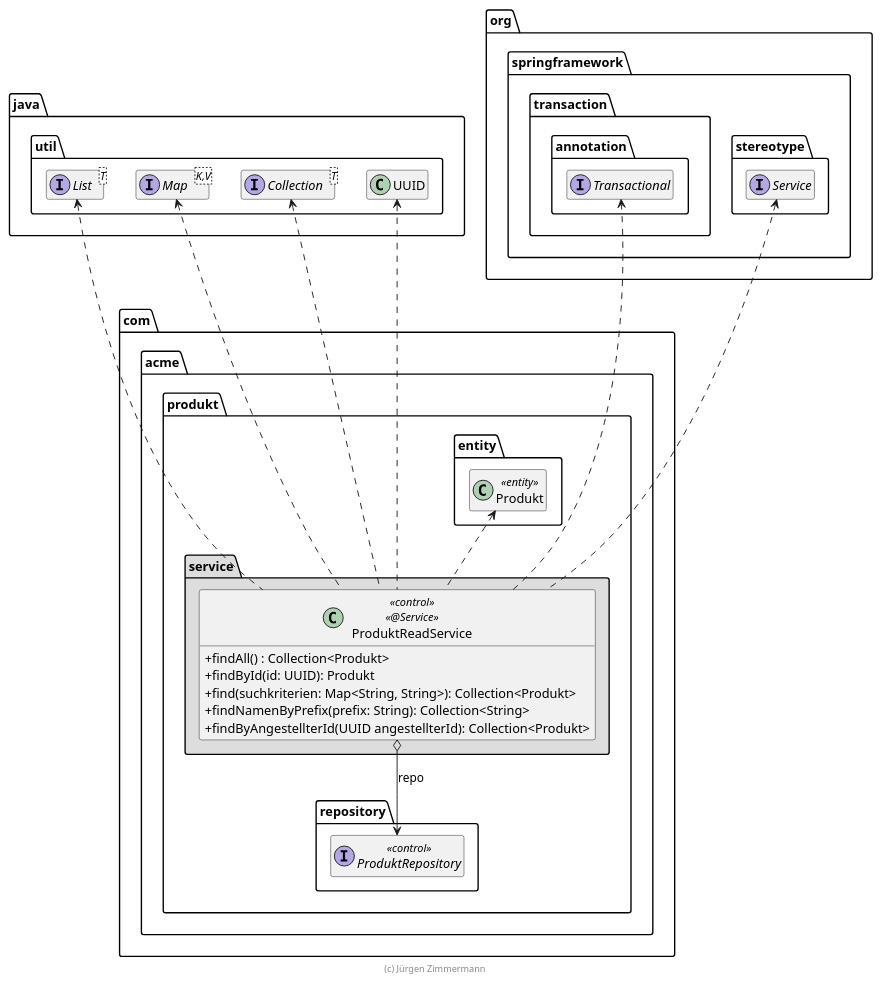
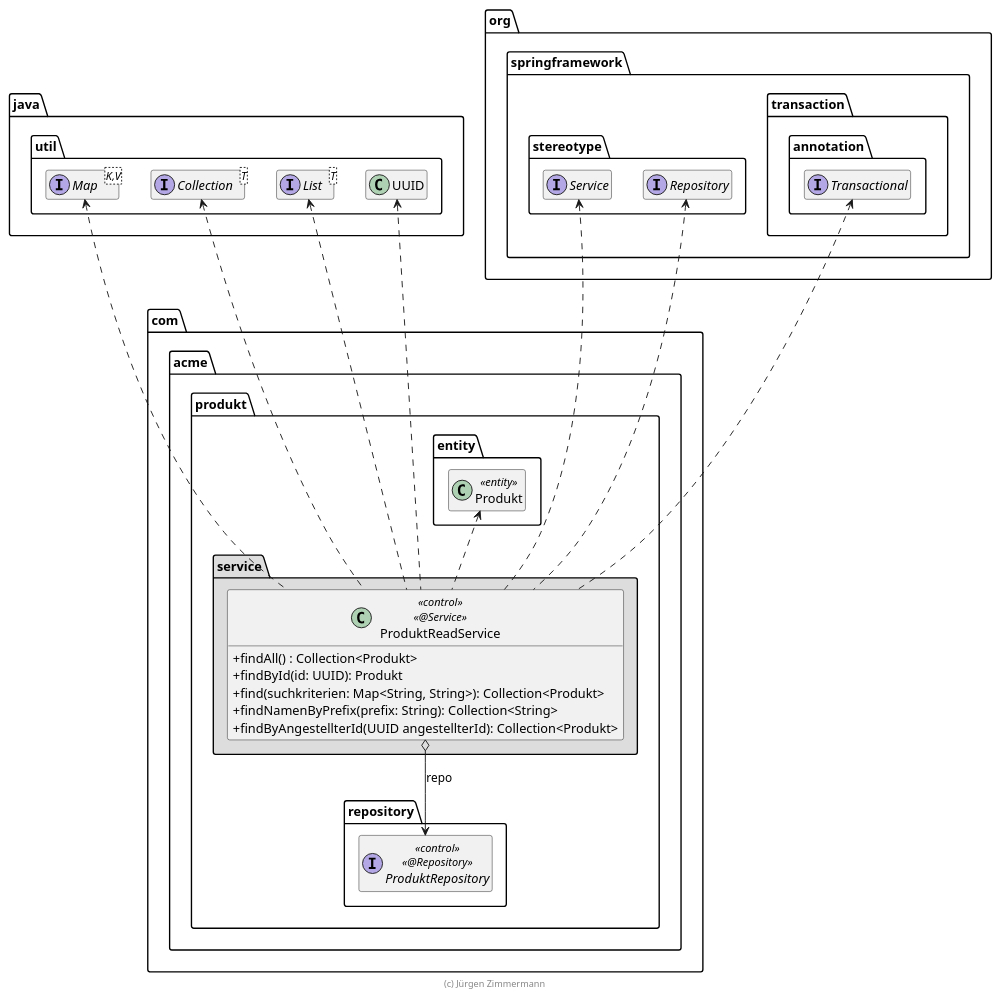
One commit to bichanhoang/produkt-v3 changed the diagram in extras/doc/ProduktReadService.plantuml. Above: the diagram before and after it, drawn with PlantUML. The commit also changed 11 other files, not shown here.

Commit message:
CommonExceptionHandler hinzugefügt und UML überarbeitet

```diff
--- a/extras/doc/ProduktReadService.plantuml
+++ b/extras/doc/ProduktReadService.plantuml
@@ -15,59 +15,61 @@
 @startuml ProduktReadService
 
 skinparam classAttributeIconSize 0
 
 package java.util {
     interface Collection<T>
     interface Map<K,V>
     interface List<T>
     class UUID
 }
 
 package org.springframework {
     package stereotype {
         interface Service
+        interface Repository
     }
 
     package transaction.annotation {
             interface Transactional
         }
 }
 
 package com.acme.produkt {
     package entity {
         class Produkt << entity >>
 
         Produkt .up[hidden].> UUID
         Produkt .up[hidden].> Service
         Produkt .up[hidden].> Transactional
     }
 
     package repository {
-        interface ProduktRepository << control >>
+        interface ProduktRepository << control >> << @Repository >>
     }
 
     package service #DDDDDD {
         class ProduktReadService << control >> << @Service >> {
             + findAll() : Collection<Produkt>
             + findById(id: UUID): Produkt
             + find(suchkriterien: Map<String, String>): Collection<Produkt>
             + findNamenByPrefix(prefix: String): Collection<String>
             + findByAngestellterId(UUID angestellterId): Collection<Produkt>
         }
 
         ProduktReadService o--> ProduktRepository : repo
         ProduktReadService .up.> Produkt
         ProduktReadService .up.> UUID
         ProduktReadService .up.> List
         ProduktReadService .up.> Collection
         ProduktReadService .up.> Service
         ProduktReadService .up.> Map
-        ProduktReadService ..> Transactional
+        ProduktReadService .up.> Transactional
+        ProduktReadService .up.> Repository
     }
 }
 
 hide empty members
 
 footer (c) Jürgen Zimmermann
 
 @enduml
```
